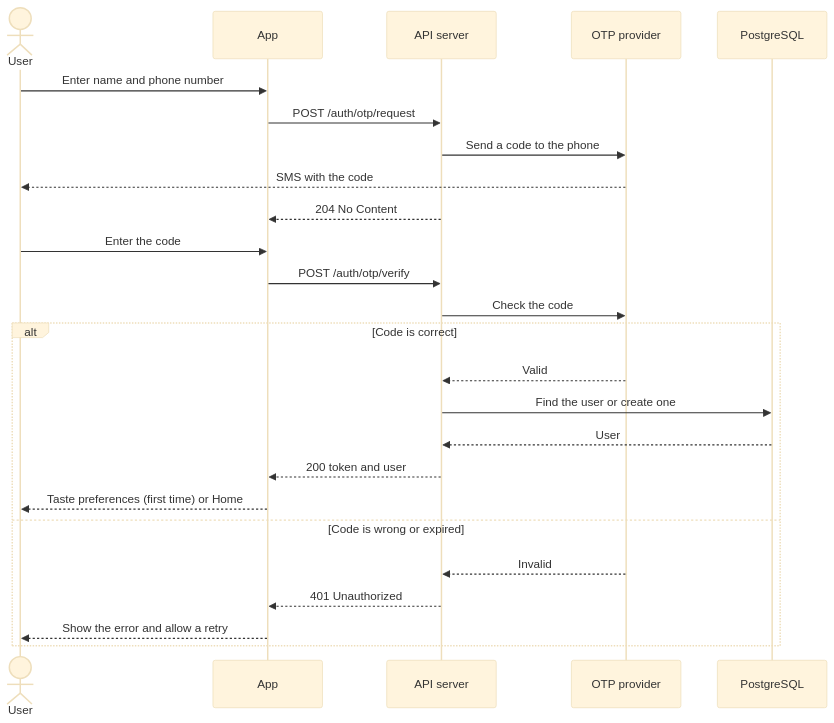
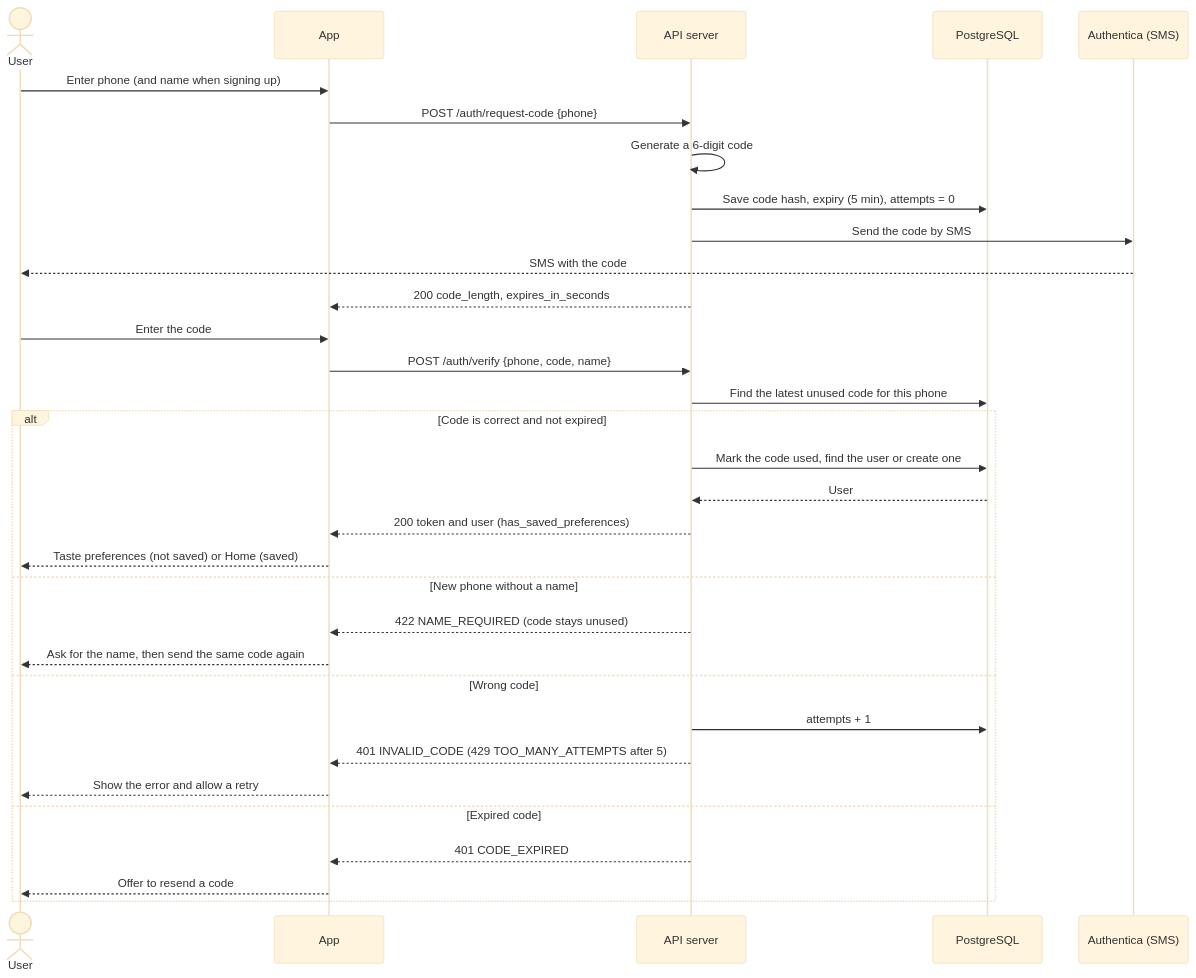
Before and after one commit to shathaaa1110-arch/Portfolio-Project: the fifth of 11 diagrams in Docs/TechnicalDoc.md, drawn with Mermaid (base theme). The commit also changed other lines of this file, not shown here.

Commit message:
Address review: preferences flag, logout, expired token, new sign-up diagram

````diff
--- a/Docs/TechnicalDoc.md
+++ b/Docs/TechnicalDoc.md
@@ -888,28 +888,35 @@
 ```mermaid
 sequenceDiagram
     actor U as User
     participant A as App
     participant API as API server
-    participant O as OTP provider
     participant DB as PostgreSQL
- 
-    U->>A: Enter name and phone number
-    A->>API: POST /auth/otp/request
-    API->>O: Send a code to the phone
+    participant O as Authentica (SMS)
+
+    U->>A: Enter phone (and name when signing up)
+    A->>API: POST /auth/request-code {phone}
+    API->>API: Generate a 6-digit code
+    API->>DB: Save code hash, expiry (5 min), attempts = 0
+    API->>O: Send the code by SMS
     O-->>U: SMS with the code
-    API-->>A: 204 No Content
+    API-->>A: 200 code_length, expires_in_seconds
     U->>A: Enter the code
-    A->>API: POST /auth/otp/verify
-    API->>O: Check the code
-    alt Code is correct
-        O-->>API: Valid
-        API->>DB: Find the user or create one
+    A->>API: POST /auth/verify {phone, code, name}
+    API->>DB: Find the latest unused code for this phone
+    alt Code is correct and not expired
+        API->>DB: Mark the code used, find the user or create one
         DB-->>API: User
-        API-->>A: 200 token and user
-        A-->>U: Taste preferences (first time) or Home
-    else Code is wrong or expired
-        O-->>API: Invalid
-        API-->>A: 401 Unauthorized
+        API-->>A: 200 token and user (has_saved_preferences)
+        A-->>U: Taste preferences (not saved) or Home (saved)
+    else New phone without a name
+        API-->>A: 422 NAME_REQUIRED (code stays unused)
+        A-->>U: Ask for the name, then send the same code again
+    else Wrong code
+        API->>DB: attempts + 1
+        API-->>A: 401 INVALID_CODE (429 TOO_MANY_ATTEMPTS after 5)
         A-->>U: Show the error and allow a retry
+    else Expired code
+        API-->>A: 401 CODE_EXPIRED
+        A-->>U: Offer to resend a code
     end
 ```
````
